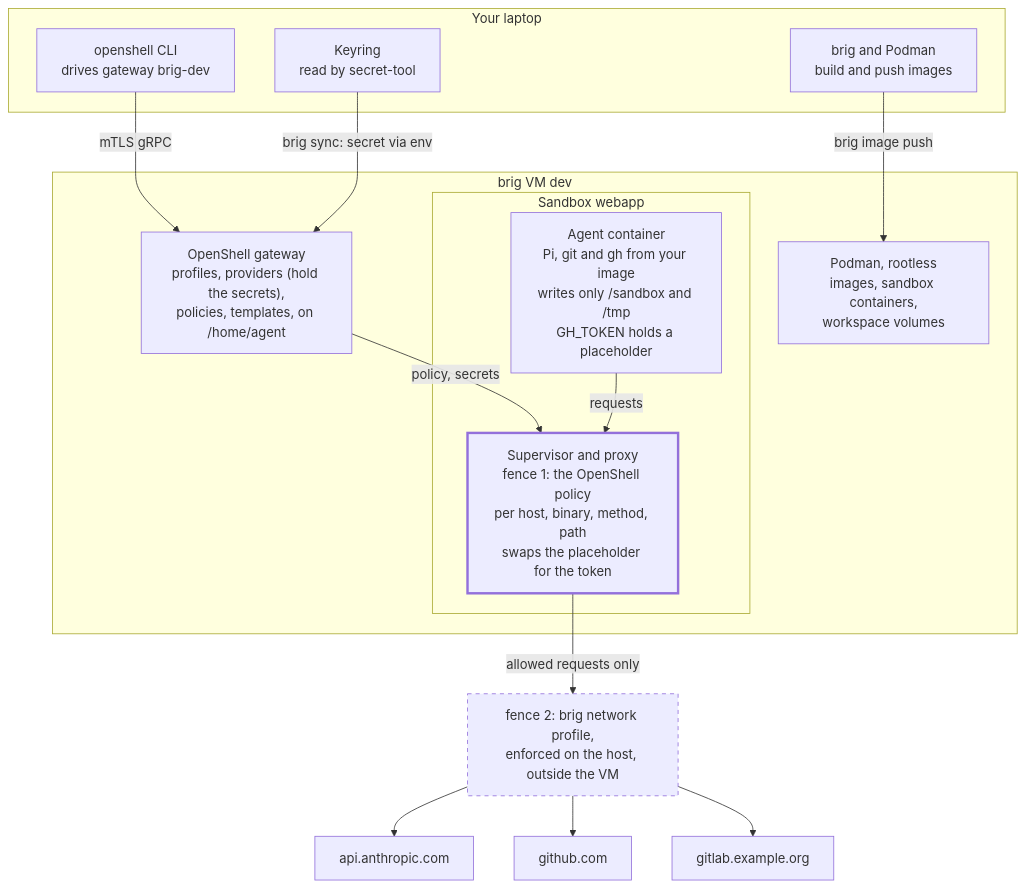
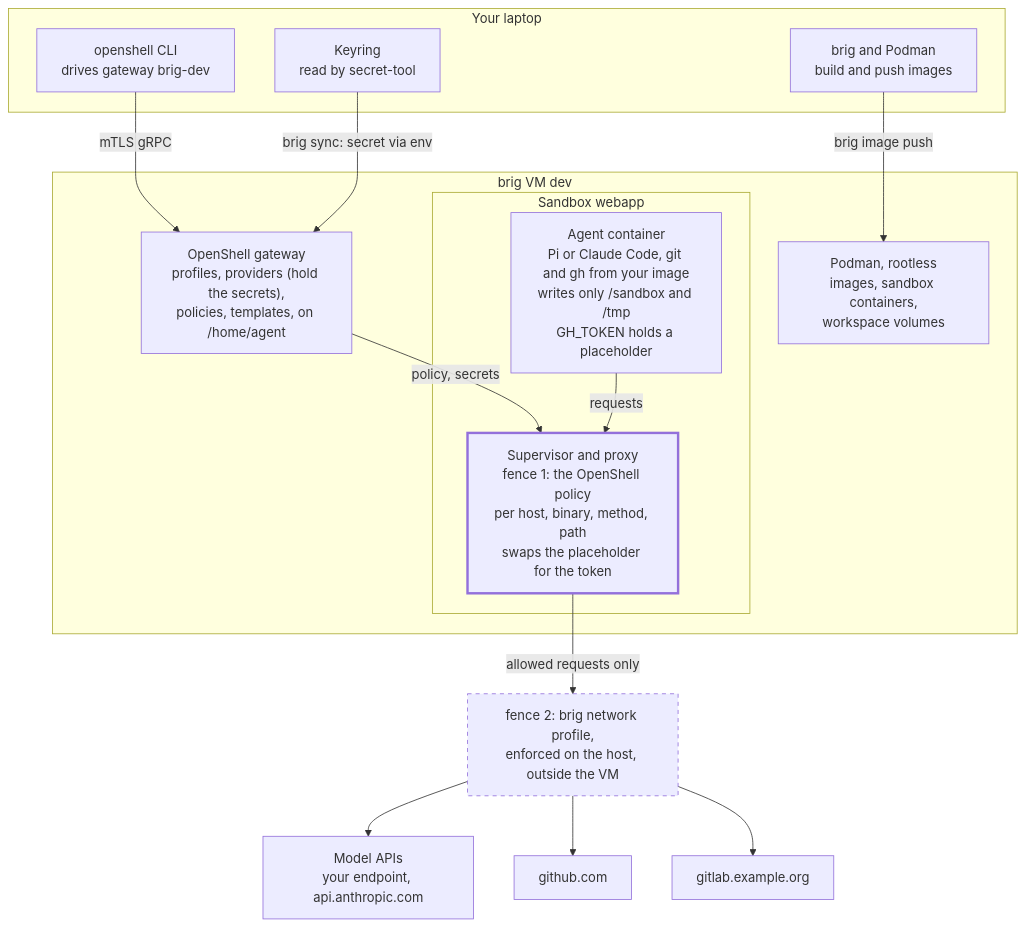
One commit to dennisklein/brig changed the first of 2 diagrams in docs/openshell.md. Above: the diagram before and after it, drawn with Mermaid. The commit also changed other lines of this file, not shown here.

First line of the commit message:
docs: connect Pi to any OpenAI-compatible endpoint in the guide

````diff
--- a/docs/openshell.md
+++ b/docs/openshell.md
@@ -24,29 +24,29 @@
 ```mermaid
 flowchart TB
   subgraph host["Your laptop"]
     cli["openshell CLI<br/>drives gateway brig-dev"]
     keyring["Keyring<br/>read by secret-tool"]
     hostpodman["brig and Podman<br/>build and push images"]
   end
   subgraph vm["brig VM dev"]
     gateway["OpenShell gateway<br/>profiles, providers (hold the secrets),<br/>policies, templates, on /home/agent"]
     vmpodman["Podman, rootless<br/>images, sandbox containers,<br/>workspace volumes"]
     subgraph sandbox["Sandbox webapp"]
-      agent["Agent container<br/>Pi, git and gh from your image<br/>writes only /sandbox and /tmp<br/>GH_TOKEN holds a placeholder"]
+      agent["Agent container<br/>Pi or Claude Code, git and gh from your image<br/>writes only /sandbox and /tmp<br/>GH_TOKEN holds a placeholder"]
       proxy["Supervisor and proxy<br/>fence 1: the OpenShell policy<br/>per host, binary, method, path<br/>swaps the placeholder for the token"]
     end
   end
   fence["fence 2: brig network profile,<br/>enforced on the host, outside the VM"]
-  anthropic["api.anthropic.com"]
+  models["Model APIs<br/>your endpoint, api.anthropic.com"]
   github["github.com"]
   gitlab["gitlab.example.org"]
   cli -- "mTLS gRPC" --> gateway
   keyring -- "brig sync: secret via env" --> gateway
   hostpodman -- "brig image push" --> vmpodman
   gateway -- "policy, secrets" --> proxy
   agent -- requests --> proxy
   proxy -- "allowed requests only" --> fence
-  fence --> anthropic & github & gitlab
+  fence --> models & github & gitlab
   style proxy stroke-width:3px
   style fence stroke-dasharray: 5 5
 ```
````
